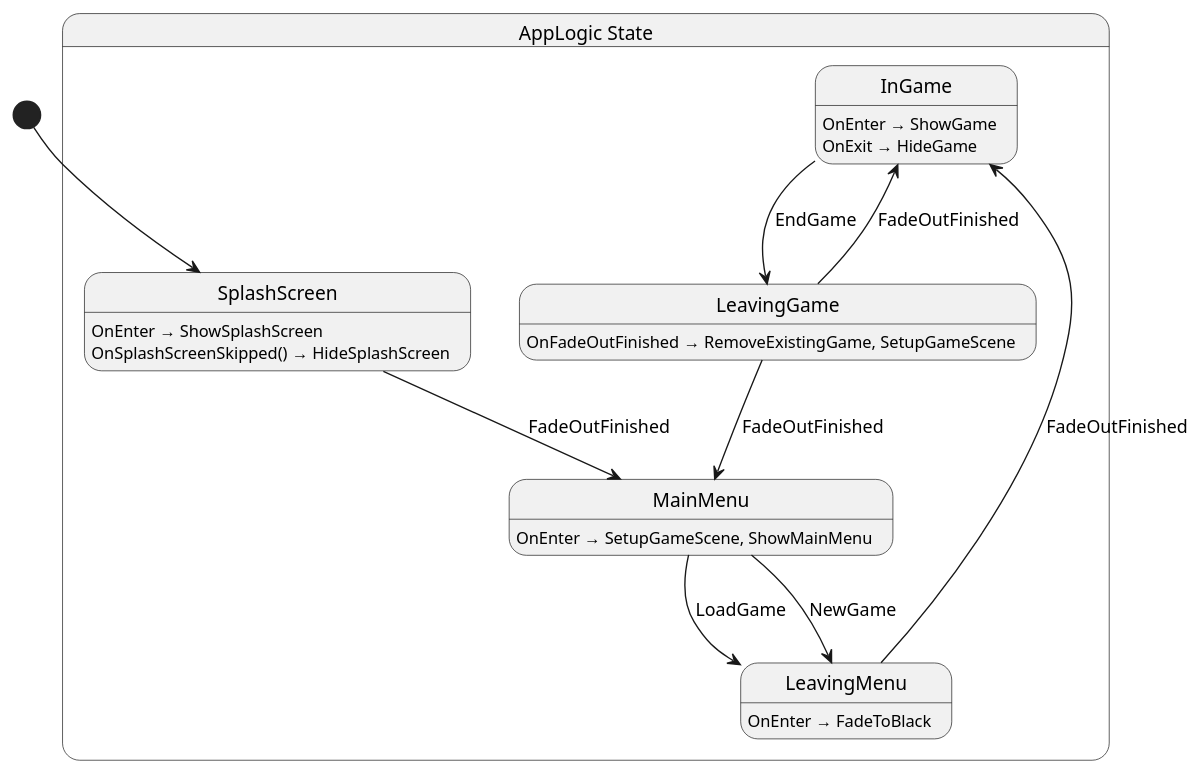
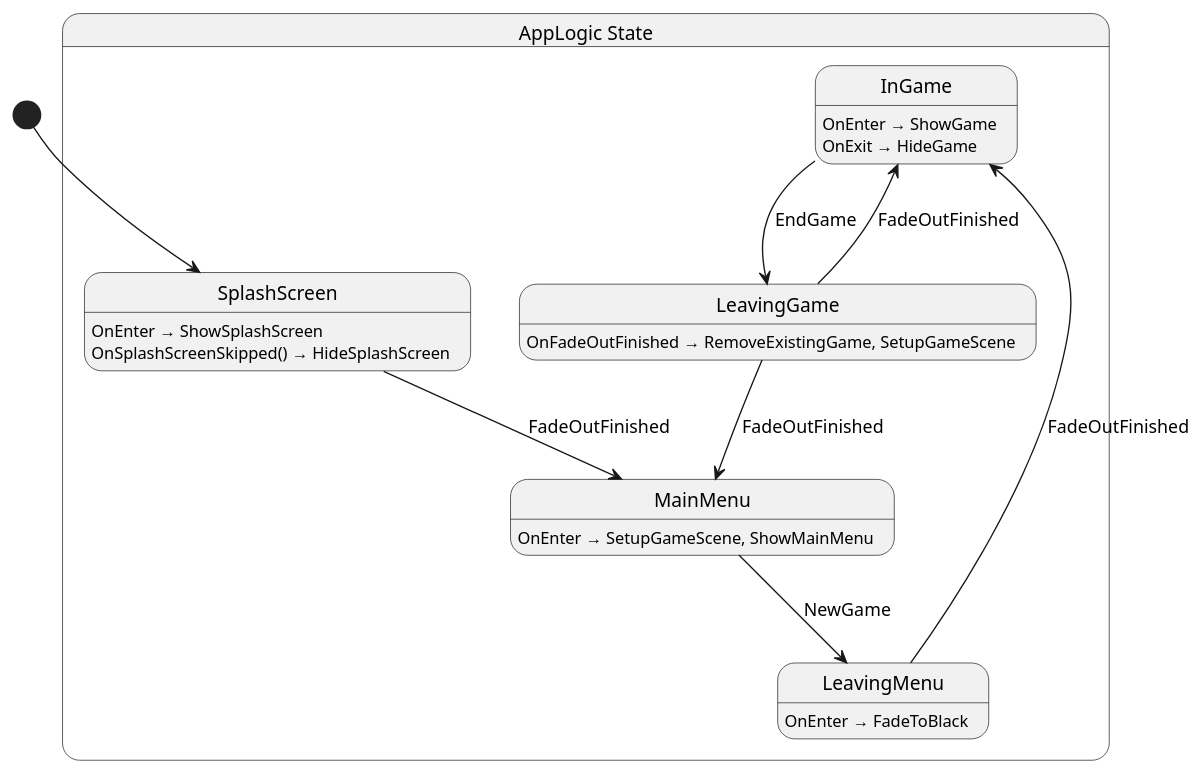
One commit to maximemousserin/Cs001 changed the diagram in src/app/state/AppLogic.g.puml. Above: the diagram before and after it, drawn with PlantUML. The commit also changed 36 other files, not shown here.

```diff
--- a/src/app/state/AppLogic.g.puml
+++ b/src/app/state/AppLogic.g.puml
@@ -1,27 +1,26 @@
 @startuml AppLogic
 state "AppLogic State" as Cs001_AppLogic_State {
   state "InGame" as Cs001_AppLogic_State_InGame
   state "LeavingGame" as Cs001_AppLogic_State_LeavingGame
   state "LeavingMenu" as Cs001_AppLogic_State_LeavingMenu
   state "MainMenu" as Cs001_AppLogic_State_MainMenu
   state "SplashScreen" as Cs001_AppLogic_State_SplashScreen
 }
 
 Cs001_AppLogic_State_InGame --> Cs001_AppLogic_State_LeavingGame : EndGame
 Cs001_AppLogic_State_LeavingGame --> Cs001_AppLogic_State_InGame : FadeOutFinished
 Cs001_AppLogic_State_LeavingGame --> Cs001_AppLogic_State_MainMenu : FadeOutFinished
 Cs001_AppLogic_State_LeavingMenu --> Cs001_AppLogic_State_InGame : FadeOutFinished
-Cs001_AppLogic_State_MainMenu --> Cs001_AppLogic_State_LeavingMenu : LoadGame
 Cs001_AppLogic_State_MainMenu --> Cs001_AppLogic_State_LeavingMenu : NewGame
 Cs001_AppLogic_State_SplashScreen --> Cs001_AppLogic_State_MainMenu : FadeOutFinished
 
 Cs001_AppLogic_State_InGame : OnEnter → ShowGame
 Cs001_AppLogic_State_InGame : OnExit → HideGame
 Cs001_AppLogic_State_LeavingGame : OnFadeOutFinished → RemoveExistingGame, SetupGameScene
 Cs001_AppLogic_State_LeavingMenu : OnEnter → FadeToBlack
 Cs001_AppLogic_State_MainMenu : OnEnter → SetupGameScene, ShowMainMenu
 Cs001_AppLogic_State_SplashScreen : OnEnter → ShowSplashScreen
 Cs001_AppLogic_State_SplashScreen : OnSplashScreenSkipped() → HideSplashScreen
 
 [*] --> Cs001_AppLogic_State_SplashScreen
 @enduml
```
